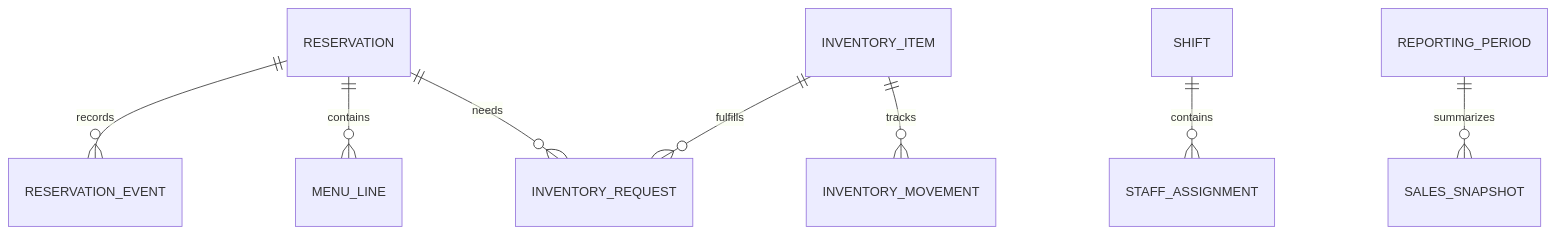
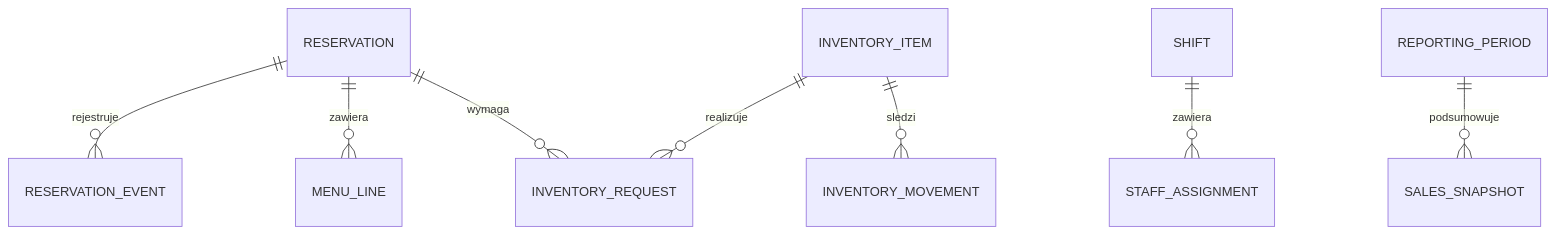
Before and after one commit to 221Studios/KidsOffice: the second of 2 diagrams in README.md, drawn with Mermaid. The commit also changed other lines of this file and 3 other files, not shown here.

````diff
--- a/README.md
+++ b/README.md
@@ -64,10 +64,10 @@
 ```mermaid
 erDiagram
-    RESERVATION ||--o{ RESERVATION_EVENT : records
-    RESERVATION ||--o{ MENU_LINE : contains
-    RESERVATION ||--o{ INVENTORY_REQUEST : needs
-    INVENTORY_ITEM ||--o{ INVENTORY_REQUEST : fulfills
-    INVENTORY_ITEM ||--o{ INVENTORY_MOVEMENT : tracks
-    SHIFT ||--o{ STAFF_ASSIGNMENT : contains
-    REPORTING_PERIOD ||--o{ SALES_SNAPSHOT : summarizes
+    RESERVATION ||--o{ RESERVATION_EVENT : rejestruje
+    RESERVATION ||--o{ MENU_LINE : zawiera
+    RESERVATION ||--o{ INVENTORY_REQUEST : wymaga
+    INVENTORY_ITEM ||--o{ INVENTORY_REQUEST : realizuje
+    INVENTORY_ITEM ||--o{ INVENTORY_MOVEMENT : sledzi
+    SHIFT ||--o{ STAFF_ASSIGNMENT : zawiera
+    REPORTING_PERIOD ||--o{ SALES_SNAPSHOT : podsumowuje
 ```
````
